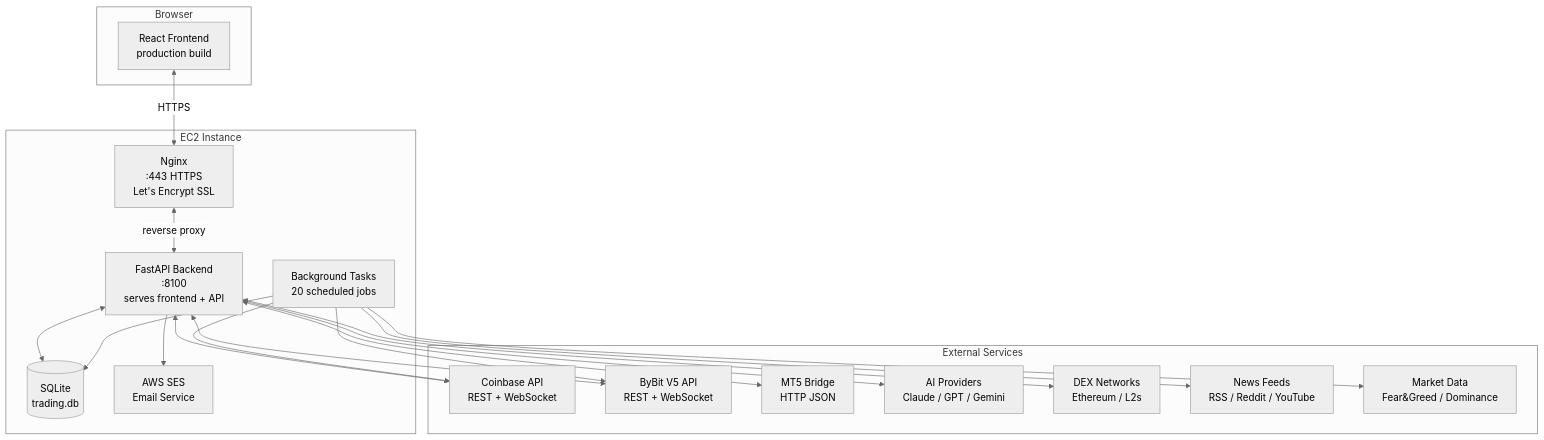
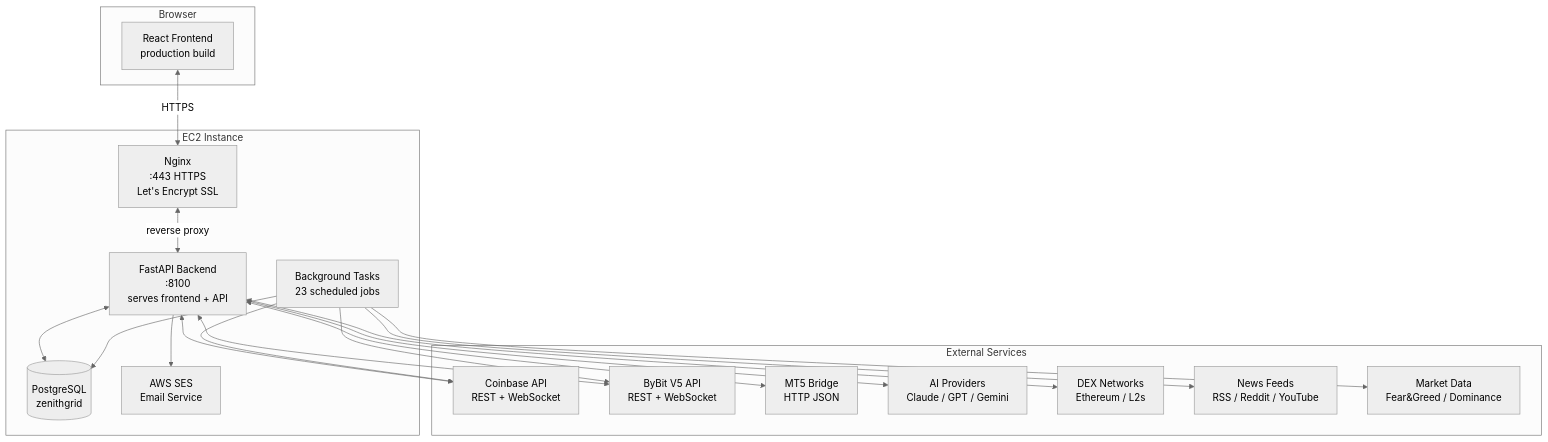
The first of 5 diagrams in docs/ARCHITECTURE.md (lromero74/ZenithGrid), drawn with Mermaid (neutral theme) before and after one commit. The commit also changed other lines of this file and 16 other files, not shown here.

````diff
--- a/docs/ARCHITECTURE.md
+++ b/docs/ARCHITECTURE.md
@@ -31,39 +31,39 @@
 ```mermaid
 graph TB
     subgraph Browser
         FE[React Frontend<br/>production build]
     end
 
     subgraph "EC2 Instance"
         NGX[Nginx<br/>:443 HTTPS<br/>Let's Encrypt SSL]
         BE[FastAPI Backend<br/>:8100<br/>serves frontend + API]
-        DB[(SQLite<br/>trading.db)]
-        BG[Background Tasks<br/>20 scheduled jobs]
+        DB[(PostgreSQL<br/>zenithgrid)]
+        BG[Background Tasks<br/>23 scheduled jobs]
         SES[AWS SES<br/>Email Service]
     end
 
     subgraph "External Services"
         CB[Coinbase API<br/>REST + WebSocket]
         BB[ByBit V5 API<br/>REST + WebSocket]
         MT5[MT5 Bridge<br/>HTTP JSON]
         AI[AI Providers<br/>Claude / GPT / Gemini]
         DEX[DEX Networks<br/>Ethereum / L2s]
         NEWS[News Feeds<br/>RSS / Reddit / YouTube]
         MKT[Market Data<br/>Fear&Greed / Dominance]
     end
 
     FE <-->|HTTPS| NGX
     NGX <-->|reverse proxy| BE
     BE <--> DB
     BG --> DB
     BE <--> CB
     BE <--> BB
     BE <--> MT5
     BE <--> AI
     BE <--> DEX
     BG --> NEWS
     BG --> MKT
     BG --> CB
     BG --> BB
     BE --> SES
 ```
````
